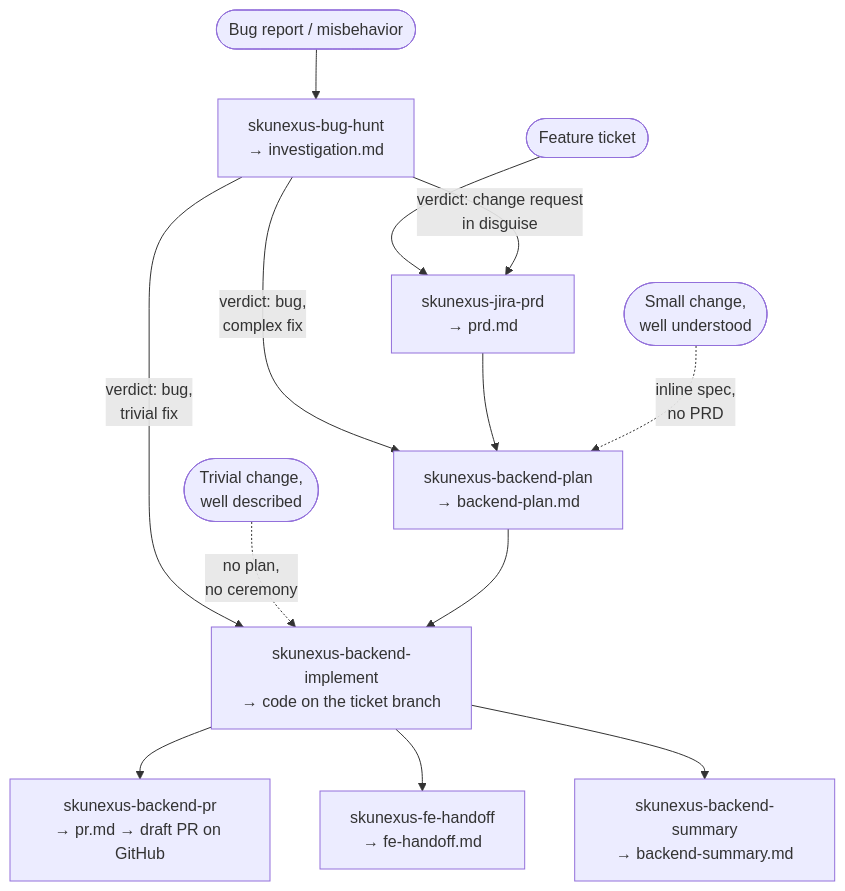
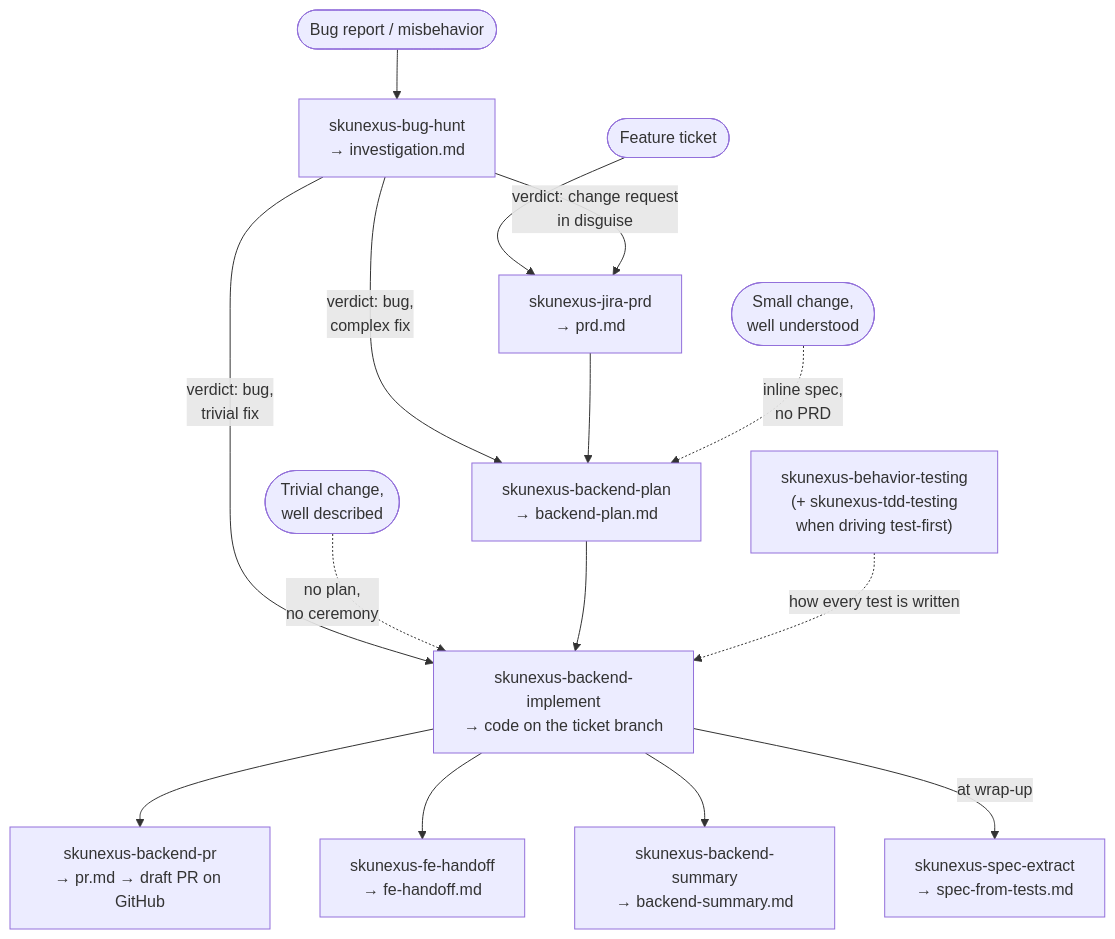
Before and after one commit to SkuNexus-Devs/skunexus-ai: the diagram in README.md, drawn with Mermaid. The commit also changed other lines of this file and 18 other files, not shown here.

````diff
--- a/README.md
+++ b/README.md
@@ -32,15 +34,17 @@
 ```mermaid
 flowchart TD
     F([Feature ticket]) --> PRD["skunexus-jira-prd<br/>→ prd.md"]
     B([Bug report / misbehavior]) --> HUNT["skunexus-bug-hunt<br/>→ investigation.md"]
     HUNT -- "verdict: change request<br/>in disguise" --> PRD
     HUNT -- "verdict: bug,<br/>trivial fix" --> IMPL
     HUNT -- "verdict: bug,<br/>complex fix" --> PLAN
     PRD --> PLAN["skunexus-backend-plan<br/>→ backend-plan.md"]
     S([Small change,<br/>well understood]) -. inline spec,<br/>no PRD .-> PLAN
     T([Trivial change,<br/>well described]) -. no plan,<br/>no ceremony .-> IMPL
     PLAN --> IMPL["skunexus-backend-implement<br/>→ code on the ticket branch"]
     IMPL --> PR["skunexus-backend-pr<br/>→ pr.md → draft PR on GitHub"]
     IMPL --> FE["skunexus-fe-handoff<br/>→ fe-handoff.md"]
     IMPL --> SUM["skunexus-backend-summary<br/>→ backend-summary.md"]
+    BT["skunexus-behavior-testing<br/>(+ skunexus-tdd-testing<br/>when driving test-first)"] -. how every test is written .-> IMPL
+    IMPL -- "at wrap-up" --> SPEC["skunexus-spec-extract<br/>→ spec-from-tests.md"]
 ```
````
